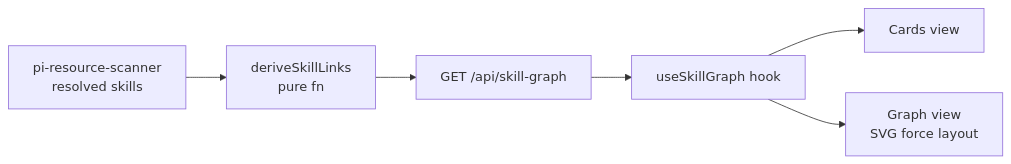
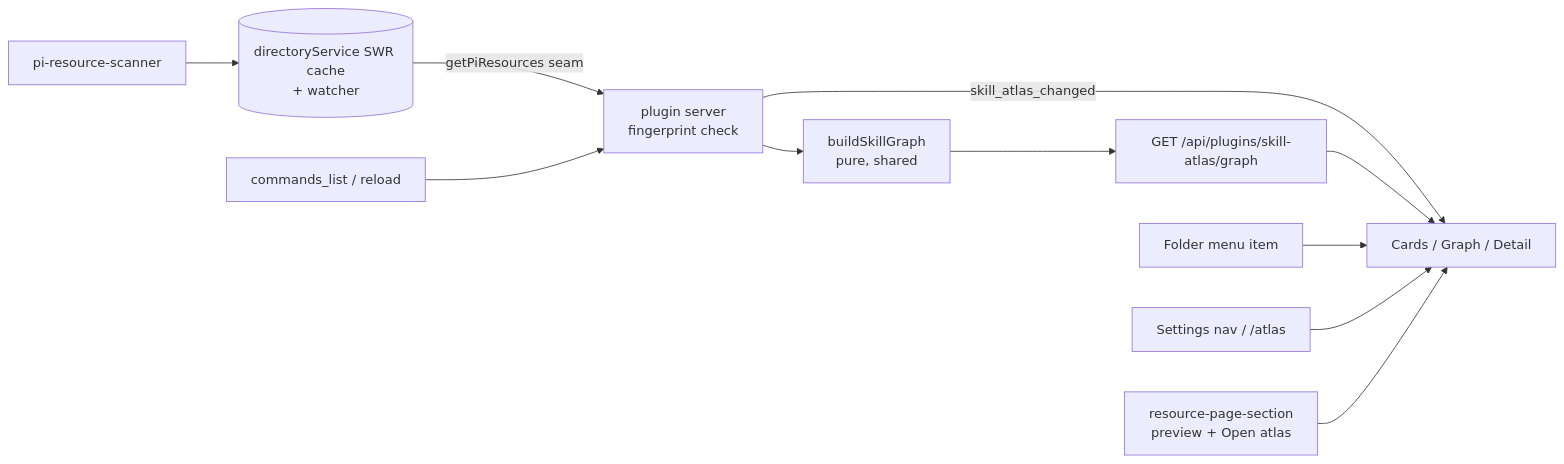
Before and after one commit to BlackBeltTechnology/pi-agent-dashboard: the diagram in openspec/changes/add-skill-atlas-screen/proposal.md, drawn with Mermaid. The commit also changed other lines of this file and 13 other files, not shown here.

First line of the commit message:
docs(openspec): plan add-skill-atlas-screen as a dashboard plugin

````diff
--- a/openspec/changes/add-skill-atlas-screen/proposal.md
+++ b/openspec/changes/add-skill-atlas-screen/proposal.md
@@ -31,8 +55,12 @@
 ```mermaid
 flowchart LR
-  A[pi-resource-scanner<br/>resolved skills] --> B[deriveSkillLinks<br/>pure fn]
-  B --> C[GET /api/skill-graph]
-  C --> D[useSkillGraph hook]
-  D --> E[Cards view]
-  D --> F[Graph view<br/>SVG force layout]
+  S[pi-resource-scanner] --> D[(directoryService SWR cache<br/>+ watcher)]
+  D -- getPiResources seam --> P[plugin server<br/>fingerprint check]
+  P --> B[buildSkillGraph<br/>pure, shared]
+  B --> API[GET /api/plugins/skill-atlas/graph]
+  CL[commands_list / reload] --> P -- skill_atlas_changed --> UI
+  API --> UI[Cards / Graph / Detail]
+  E1[Folder menu item] --> UI
+  E2[Settings nav / /atlas] --> UI
+  E3[resource-page-section<br/>preview + Open atlas] --> UI
 ```
````
